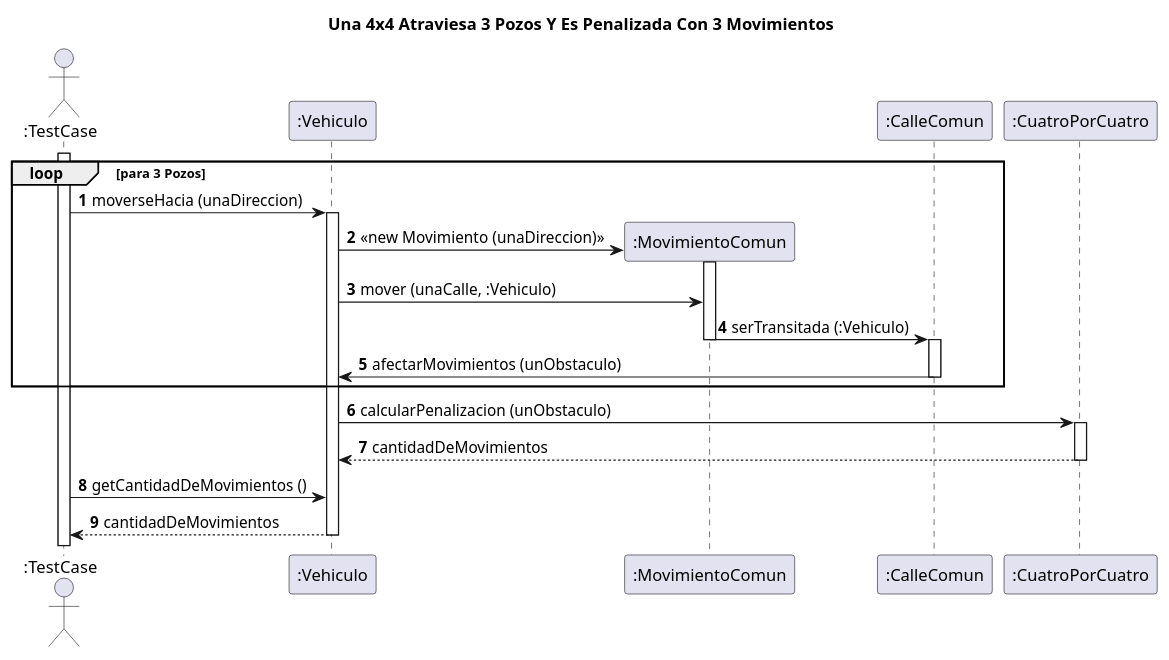
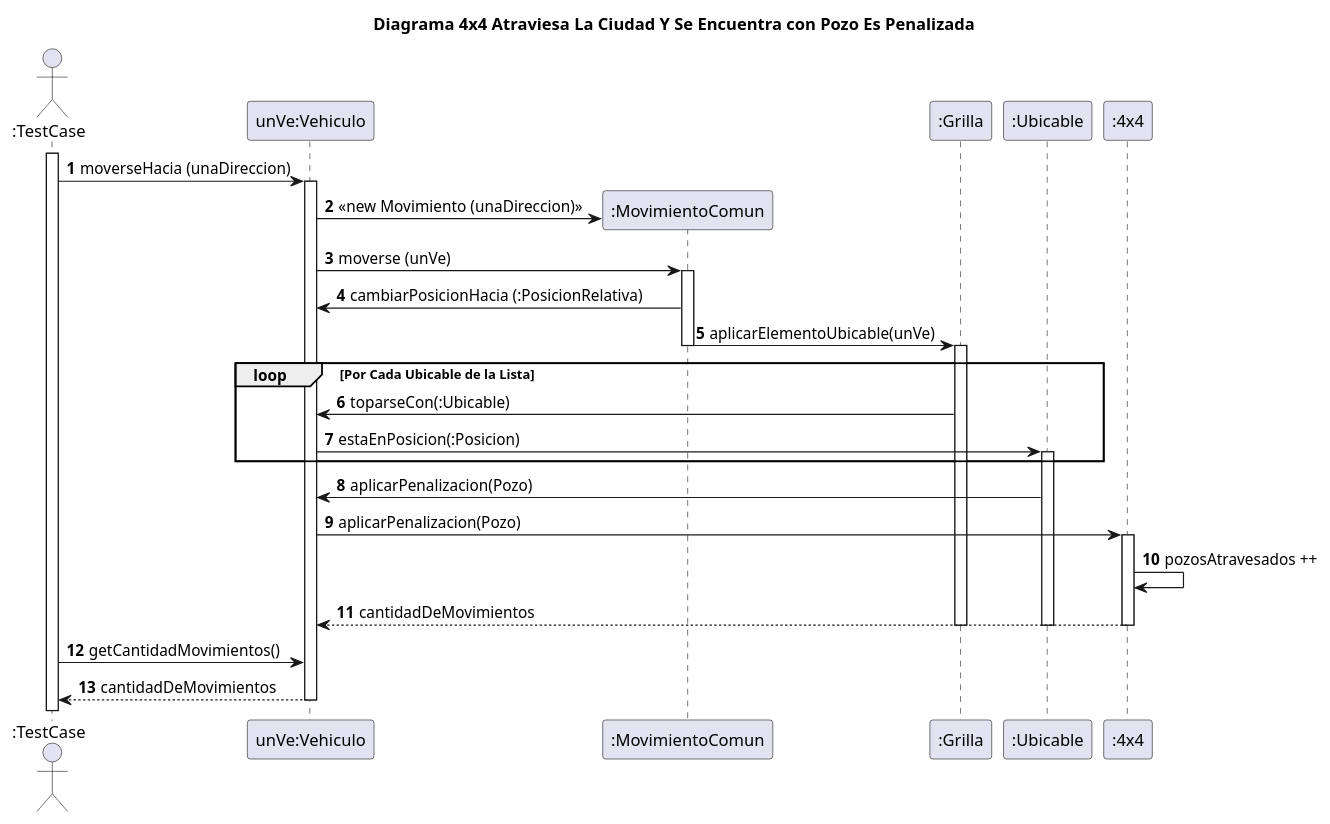
Before and after one commit to FacundoBaez1994/Algo3Tp2: the diagram in diagrams/sequences/Una4x4Atraviesa3PozosYEsPenalizadaCon3Movimientos.puml, drawn with PlantUML. The commit also changed 34 other files, not shown here.

Commit message:
Diagramas de Clases refactorizados

```diff
--- a/diagrams/sequences/Una4x4Atraviesa3PozosYEsPenalizadaCon3Movimientos.puml
+++ b/diagrams/sequences/Una4x4Atraviesa3PozosYEsPenalizadaCon3Movimientos.puml
@@ -1,29 +1,35 @@
 @startuml
 'https://plantuml.com/sequence-diagram
-title Una 4x4 Atraviesa 3 Pozos Y Es Penalizada Con 3 Movimientos
+title Diagrama 4x4 Atraviesa La Ciudad Y Se Encuentra con Pozo Es Penalizada
 autonumber
 actor ":TestCase"
+
 Activate ":TestCase"
-loop para 3 Pozos
-   ":TestCase" -> ":Vehiculo": moverseHacia (unaDireccion)
-    Activate ":Vehiculo"
+   ":TestCase" -> "unVe:Vehiculo": moverseHacia (unaDireccion)
+    Activate "unVe:Vehiculo"
     create ":MovimientoComun"
-    ":Vehiculo" -> ":MovimientoComun": <<new Movimiento (unaDireccion) >>
+    "unVe:Vehiculo" -> ":MovimientoComun": <<new Movimiento (unaDireccion) >>
+    "unVe:Vehiculo" -> ":MovimientoComun": moverse (unVe)
     Activate ":MovimientoComun"
-    ":Vehiculo" -> ":MovimientoComun": mover (unaCalle, :Vehiculo)
-    ":MovimientoComun" -> ":CalleComun": serTransitada (:Vehiculo)
+    ":MovimientoComun" -> "unVe:Vehiculo": cambiarPosicionHacia (:PosicionRelativa)
+    ":MovimientoComun" -> ":Grilla": aplicarElementoUbicable(unVe)
     Deactivate ":MovimientoComun"
-    Activate ":CalleComun"
-    ":CalleComun" -> ":Vehiculo": afectarMovimientos (unObstaculo)
-    Deactivate ":CalleComun"
-end
-    ":Vehiculo" -> ":CuatroPorCuatro": calcularPenalizacion (unObstaculo)
-    Activate ":CuatroPorCuatro"
-    ":Vehiculo" <-- ":CuatroPorCuatro": cantidadDeMovimientos
-    Deactivate ":CuatroPorCuatro"
-    ":TestCase"  -> ":Vehiculo": getCantidadDeMovimientos ()
-    ":TestCase"  <-- ":Vehiculo": cantidadDeMovimientos
-    Deactivate ":Vehiculo"
+    Activate ":Grilla"
+    loop Por Cada Ubicable de la Lista
+    ":Grilla" -> "unVe:Vehiculo": toparseCon(:Ubicable)
+    "unVe:Vehiculo" -> ":Ubicable": estaEnPosicion(:Posicion)
+    Activate ":Ubicable"
+    end
 
 
+    "unVe:Vehiculo" <- ":Ubicable": aplicarPenalizacion(Pozo)
+    "unVe:Vehiculo" -> ":4x4": aplicarPenalizacion(Pozo)
+    Activate ":4x4"
+    ":4x4" -> ":4x4": pozosAtravesados ++
+    return cantidadDeMovimientos
+    Deactivate ":Ubicable"
+    Deactivate ":Grilla"
+    ":TestCase" -> "unVe:Vehiculo": getCantidadMovimientos()
+    return cantidadDeMovimientos
+
 @enduml
```
